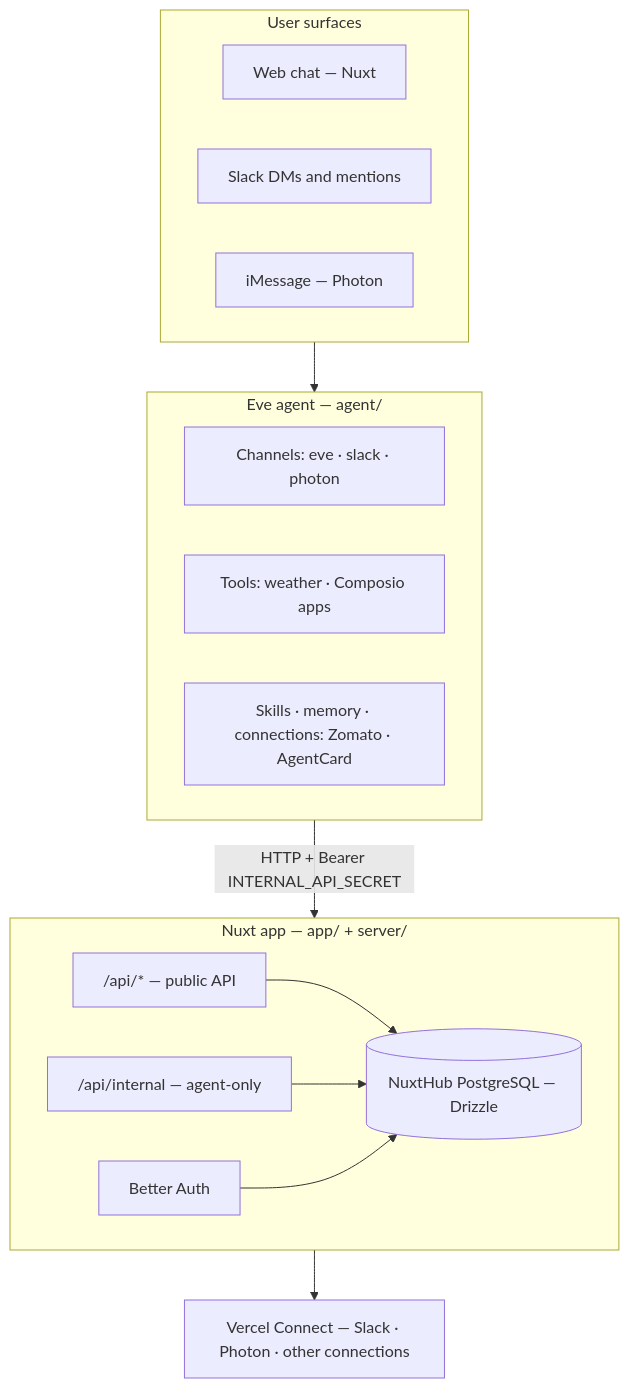
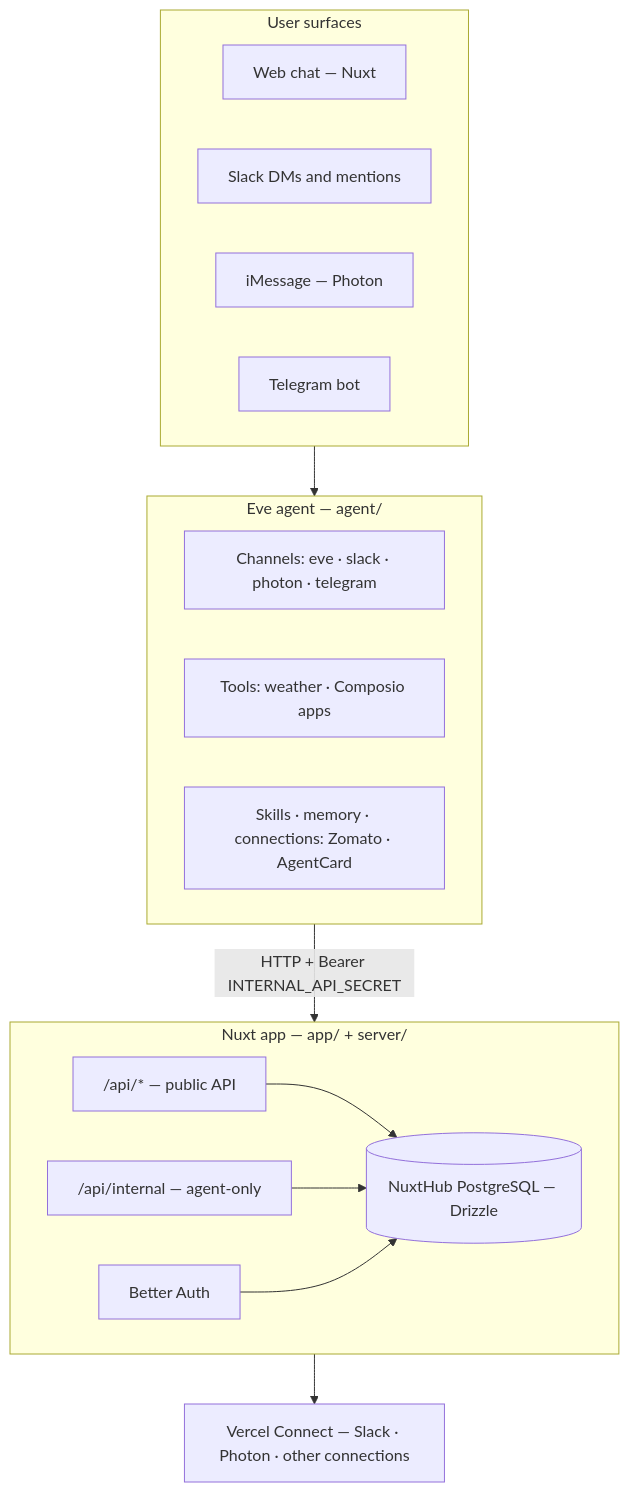
The diagram in docs/ARCHITECTURE.md (Zero-Sugar0/thinky), drawn with Mermaid before and after one commit. The commit also changed other lines of this file and 20 other files, not shown here.

First line of the commit message:
feat: add Telegram bot support and update documentation

````diff
--- a/docs/ARCHITECTURE.md
+++ b/docs/ARCHITECTURE.md
@@ -11,30 +11,31 @@
 ```mermaid
 flowchart TB
   subgraph surfaces [User surfaces]
     web[Web chat — Nuxt]
     slack[Slack DMs and mentions]
     imessage[iMessage — Photon]
+    telegram[Telegram bot]
   end
 
   subgraph eve [Eve agent — agent/]
-    channels[Channels: eve · slack · photon]
+    channels[Channels: eve · slack · photon · telegram]
     tools[Tools: weather · Composio apps]
     skills[Skills · memory · connections: Zomato · AgentCard]
   end
 
   subgraph nuxt [Nuxt app — app/ + server/]
     api["/api/* — public API"]
     internal["/api/internal — agent-only"]
     auth[Better Auth]
     db[(NuxtHub PostgreSQL — Drizzle)]
   end
 
   connect[Vercel Connect — Slack · Photon · other connections]
 
   surfaces --> eve
   eve -->|"HTTP + Bearer INTERNAL_API_SECRET"| nuxt
   api --> db
   internal --> db
   auth --> db
   nuxt --> connect
 ```
````
